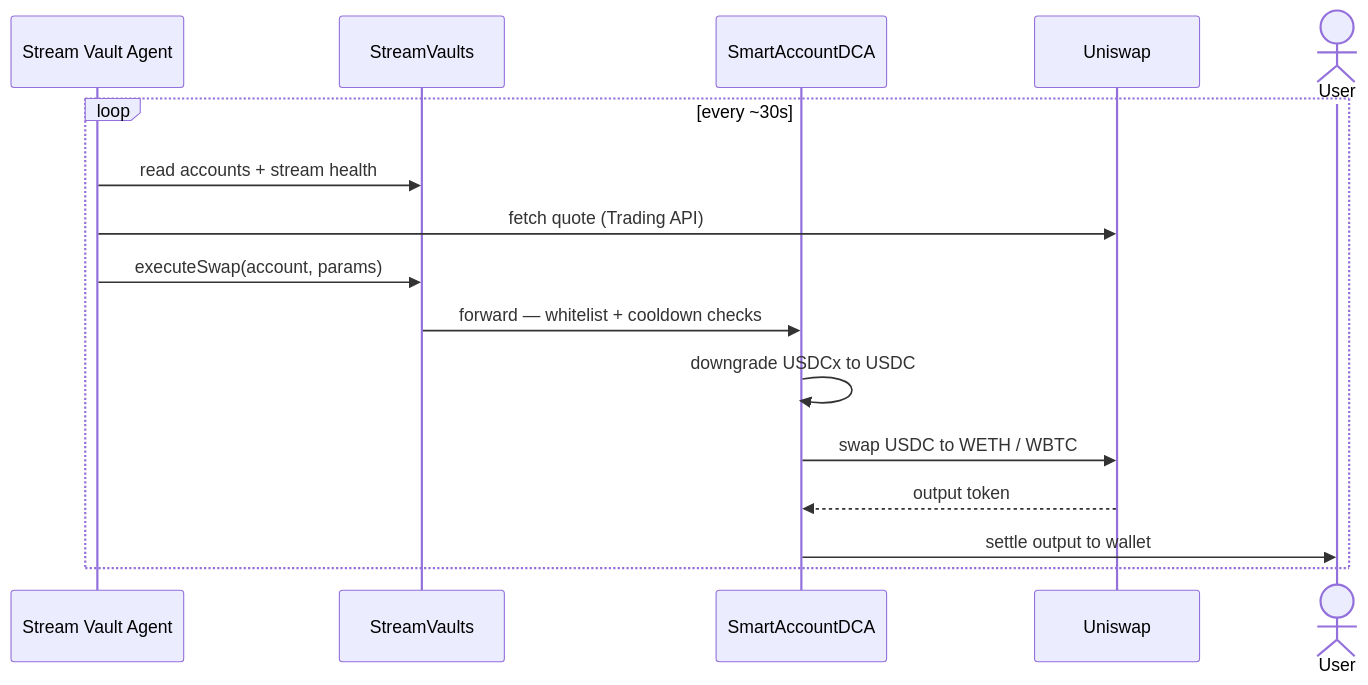
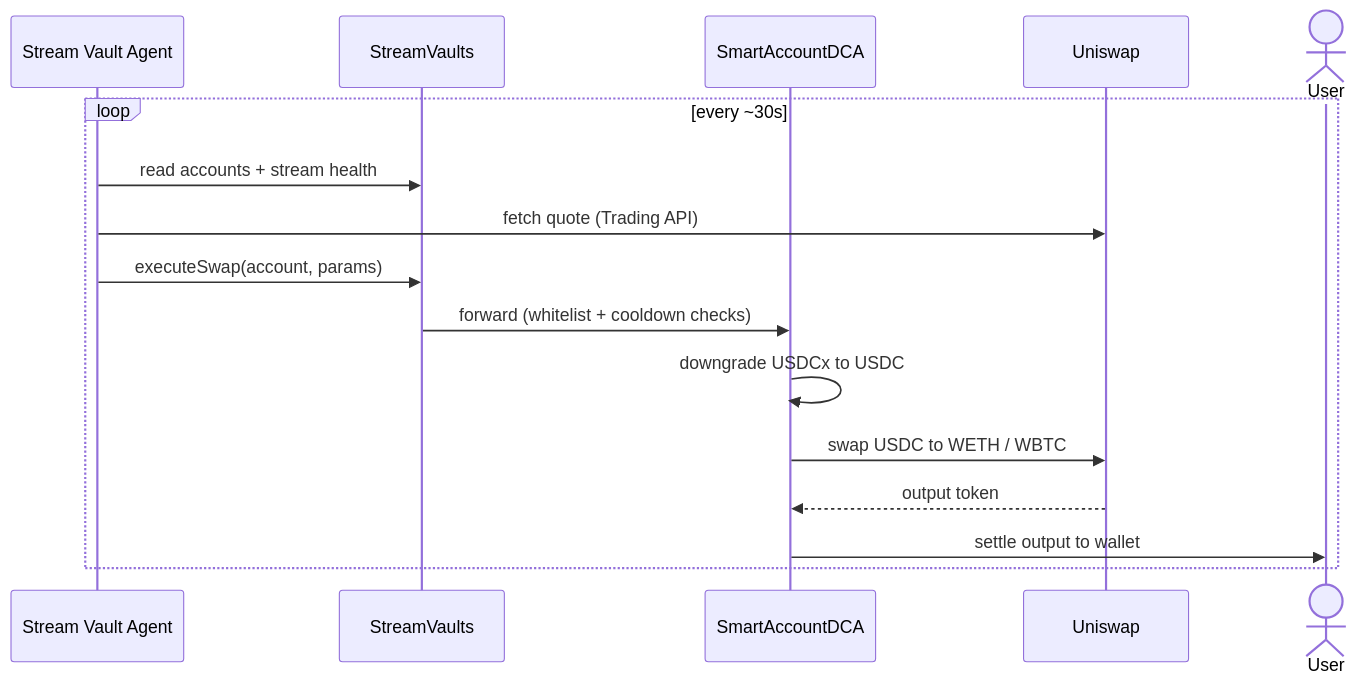
The third of 4 diagrams in README.md (JulioMCruz/Streams), drawn with Mermaid before and after one commit. The commit also changed other lines of this file, not shown here.

````diff
--- a/README.md
+++ b/README.md
@@ -67,19 +67,19 @@
 ```mermaid
 sequenceDiagram
     participant Agent as Stream Vault Agent
     participant SV as StreamVaults
     participant SA as SmartAccountDCA
     participant UNI as Uniswap
     actor U as User
 
     loop every ~30s
         Agent->>SV: read accounts + stream health
         Agent->>UNI: fetch quote (Trading API)
         Agent->>SV: executeSwap(account, params)
-        SV->>SA: forward — whitelist + cooldown checks
+        SV->>SA: forward (whitelist + cooldown checks)
         SA->>SA: downgrade USDCx to USDC
         SA->>UNI: swap USDC to WETH / WBTC
         UNI-->>SA: output token
         SA->>U: settle output to wallet
     end
 ```
````
